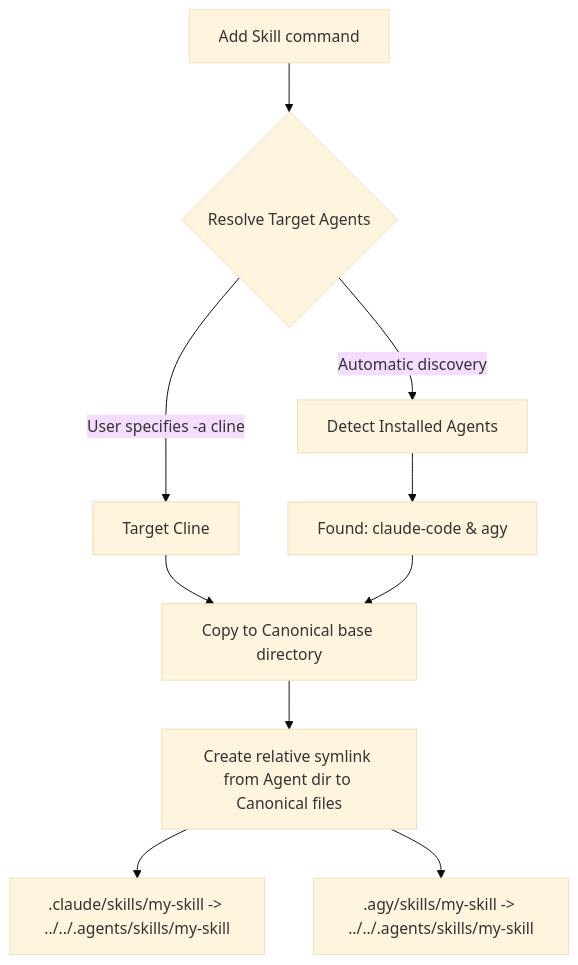
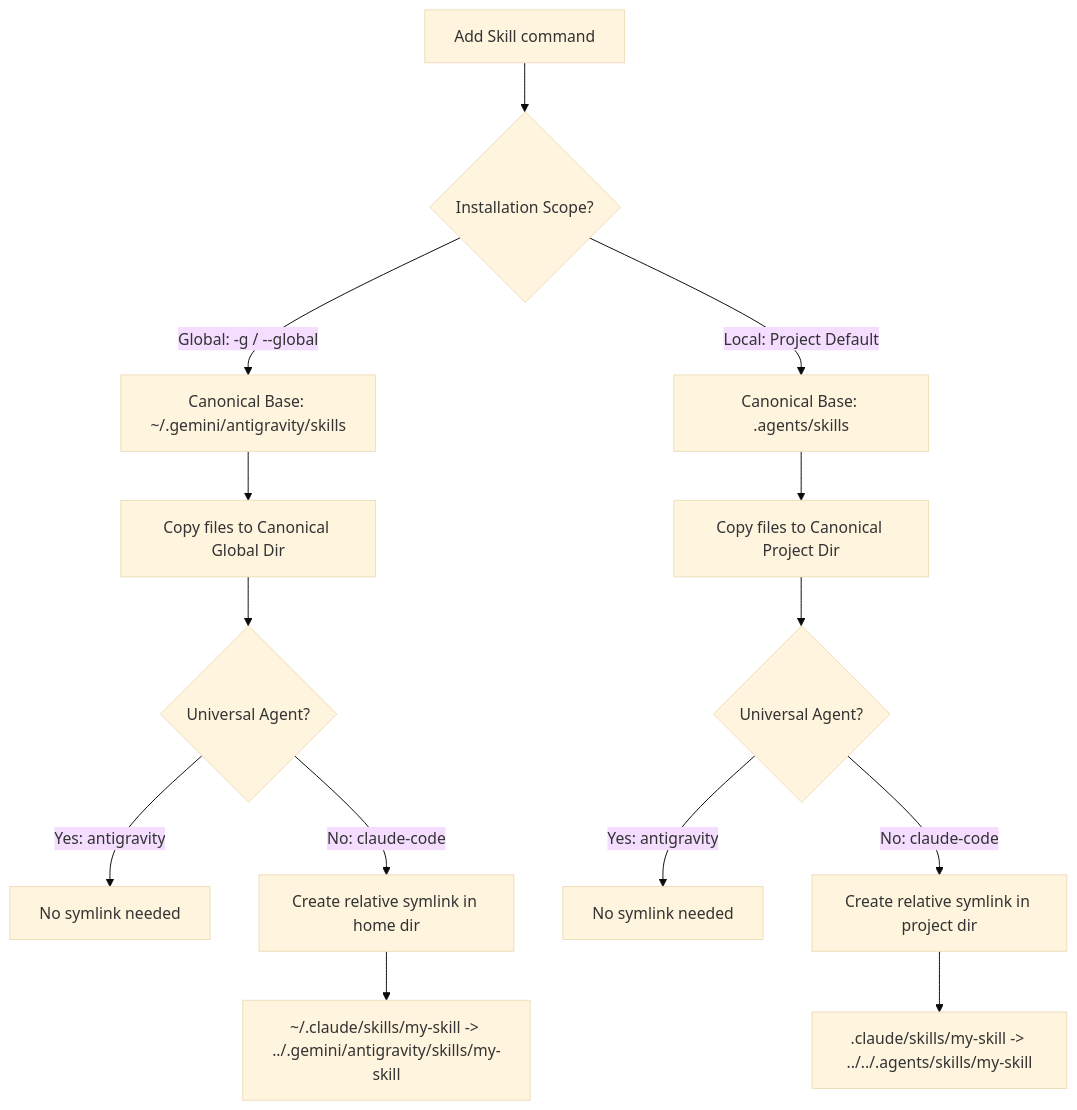
Before and after one commit to alexastrum/skl: the diagram in AGENTS.md, drawn with Mermaid (base theme). The commit also changed other lines of this file and 13 other files, not shown here.

````diff
--- a/AGENTS.md
+++ b/AGENTS.md
@@ -62,14 +59,21 @@
 ```mermaid
 graph TD
-    A[Add Skill command] --> B{Resolve Target Agents}
-    B -->|User specifies -a cline| C[Target Cline]
-    B -->|Automatic discovery| D[Detect Installed Agents]
-    D --> E[Found: claude-code & agy]
+    A[Add Skill command] --> B{Installation Scope?}
     
-    C --> F[Copy to Canonical base directory]
-    E --> F
+    B -->|Global: -g / --global| C1[Canonical Base: ~/.gemini/antigravity/skills]
+    B -->|Local: Project Default| C2[Canonical Base: .agents/skills]
     
-    F --> G[Create relative symlink from Agent dir to Canonical files]
-    G --> H[.claude/skills/my-skill -> ../../.agents/skills/my-skill]
-    G --> I[.agy/skills/my-skill -> ../../.agents/skills/my-skill]
+    C1 --> D1[Copy files to Canonical Global Dir]
+    C2 --> D2[Copy files to Canonical Project Dir]
+    
+    D1 --> E1{Universal Agent?}
+    D2 --> E2{Universal Agent?}
+    
+    E1 -->|Yes: antigravity| F1[No symlink needed]
+    E1 -->|No: claude-code| F2[Create relative symlink in home dir]
+    F2 --> G1[~/.claude/skills/my-skill -> ../.gemini/antigravity/skills/my-skill]
+    
+    E2 -->|Yes: antigravity| H1[No symlink needed]
+    E2 -->|No: claude-code| H2[Create relative symlink in project dir]
+    H2 --> I1[.claude/skills/my-skill -> ../../.agents/skills/my-skill]
 ```
````
